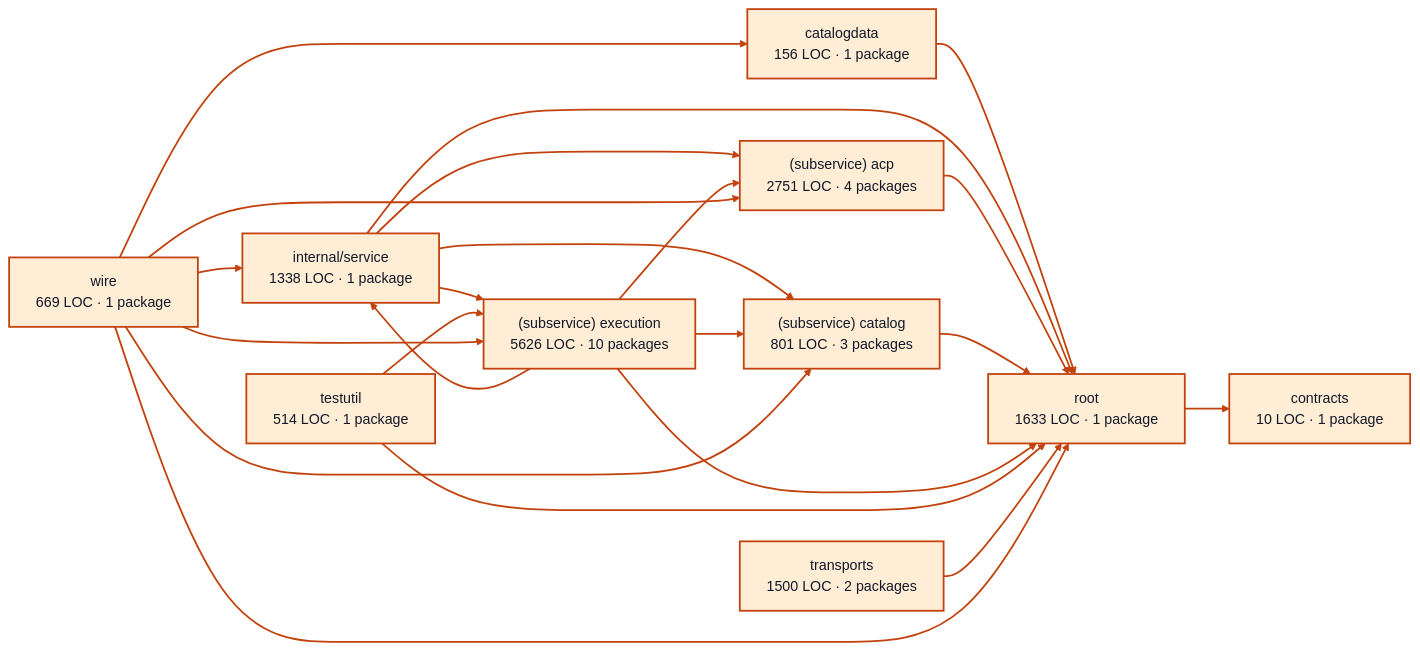
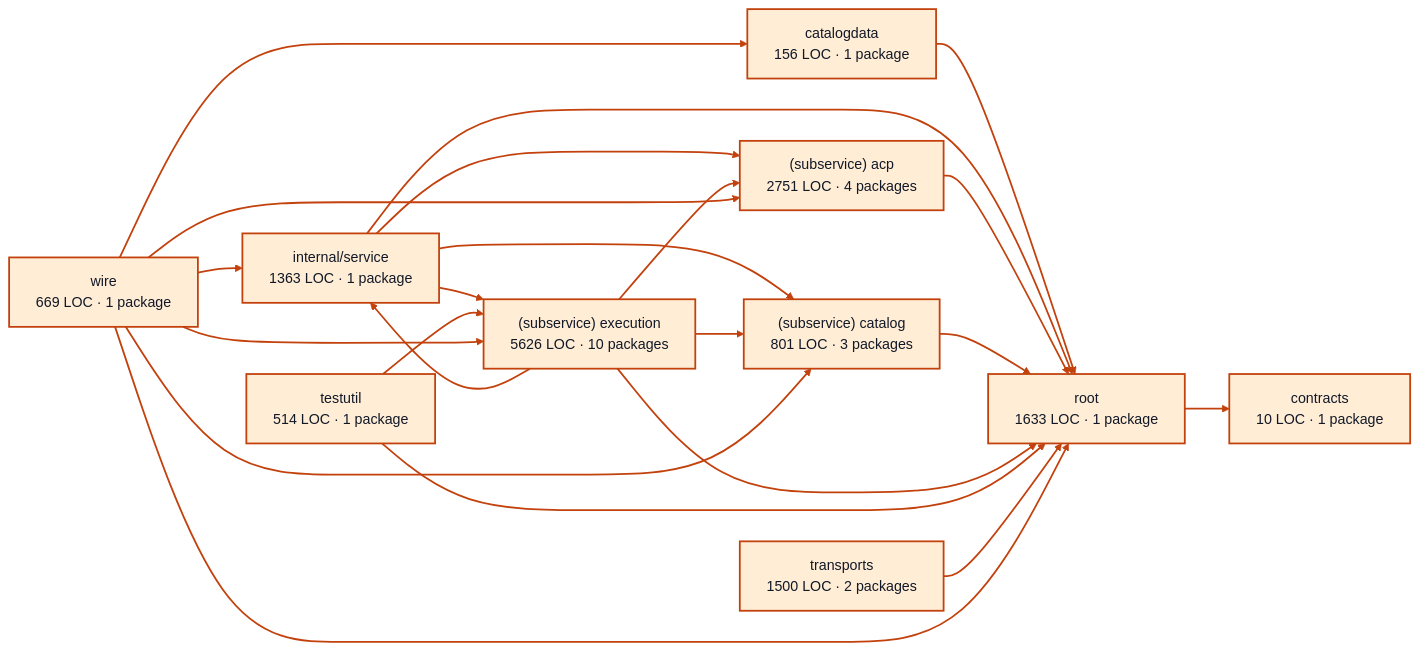
The diagram in docs/architecture/visualizations/services/providers.md (portpowered/you-agent-factory), drawn with Mermaid (forest theme) before and after one commit. The commit also changed other lines of this file and 20 other files, not shown here.

Commit message:
docs: refresh backend architecture visualizations

````diff
--- a/docs/architecture/visualizations/services/providers.md
+++ b/docs/architecture/visualizations/services/providers.md
@@ -11,45 +11,45 @@
 ```mermaid
 flowchart LR
   p0["catalogdata<br/>156 LOC · 1 package"]
   p1["contracts<br/>10 LOC · 1 package"]
-  p2["internal/service<br/>1338 LOC · 1 package"]
+  p2["internal/service<br/>1363 LOC · 1 package"]
   p3["(subservice) acp<br/>2751 LOC · 4 packages"]
   p4["(subservice) catalog<br/>801 LOC · 3 packages"]
   p5["(subservice) execution<br/>5626 LOC · 10 packages"]
   p6["testutil<br/>514 LOC · 1 package"]
   p7["root<br/>1633 LOC · 1 package"]
   p8["transports<br/>1500 LOC · 2 packages"]
   p9["wire<br/>669 LOC · 1 package"]
   p0 --> p7
   p2 --> p3
   p2 --> p4
   p2 --> p5
   p2 --> p7
   p3 --> p7
   p4 --> p7
   p5 --> p2
   p5 --> p3
   p5 --> p4
   p5 --> p7
   p6 --> p5
   p6 --> p7
   p7 --> p1
   p8 --> p7
   p9 --> p0
   p9 --> p2
   p9 --> p3
   p9 --> p4
   p9 --> p5
   p9 --> p7
   style p0 fill:#ffedd5,stroke:#c2410c,stroke-width:2px,color:#111827
   style p1 fill:#ffedd5,stroke:#c2410c,stroke-width:2px,color:#111827
   style p2 fill:#ffedd5,stroke:#c2410c,stroke-width:2px,color:#111827
   style p3 fill:#ffedd5,stroke:#c2410c,stroke-width:2px,color:#111827
   style p4 fill:#ffedd5,stroke:#c2410c,stroke-width:2px,color:#111827
   style p5 fill:#ffedd5,stroke:#c2410c,stroke-width:2px,color:#111827
   style p6 fill:#ffedd5,stroke:#c2410c,stroke-width:2px,color:#111827
   style p7 fill:#ffedd5,stroke:#c2410c,stroke-width:2px,color:#111827
   style p8 fill:#ffedd5,stroke:#c2410c,stroke-width:2px,color:#111827
   style p9 fill:#ffedd5,stroke:#c2410c,stroke-width:2px,color:#111827
   linkStyle default stroke:#c2410c,stroke-width:2px
 ```
````
